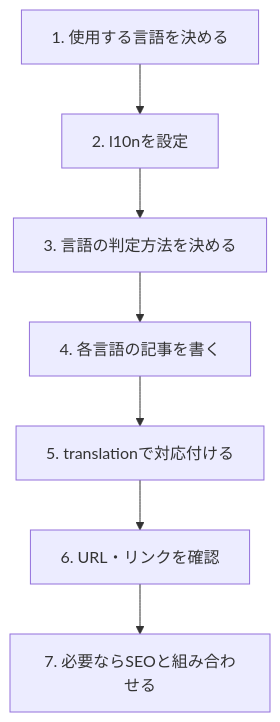
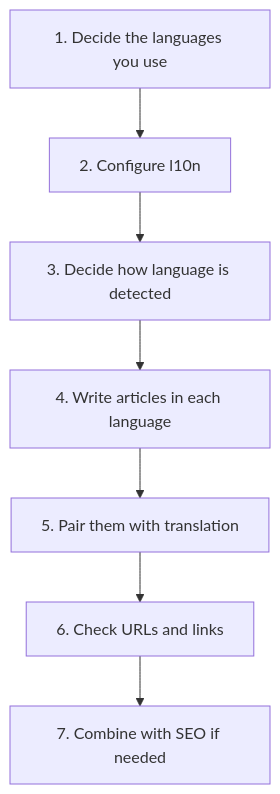
Before and after one commit to Rerurate514/riebeckite: the sixth of 6 diagrams in docs/docs/guides/localization.md, drawn with Mermaid. The commit also changed other lines of this file and 604 other files, not shown here.

````diff
--- a/docs/docs/guides/localization.md
+++ b/docs/docs/guides/localization.md
@@ -390,17 +366,17 @@
 ```mermaid
 flowchart TD
-    Lang["1. 使用する言語を決める"]
-    Config["2. l10nを設定"]
-    Detection["3. 言語の判定方法を決める"]
-    Content["4. 各言語の記事を書く"]
-    Translation["5. translationで対応付ける"]
-    Link["6. URL・リンクを確認"]
-    SEO["7. 必要ならSEOと組み合わせる"]
+    Lang["1. Decide the languages you use"]
+    Config["2. Configure l10n"]
+    Detection["3. Decide how language is detected"]
+    Content["4. Write articles in each language"]
+    Translation["5. Pair them with translation"]
+    Link["6. Check URLs and links"]
+    SEO["7. Combine with SEO if needed"]
 
     Lang --> Config
     Config --> Detection
     Detection --> Content
     Content --> Translation
     Translation --> Link
     Link --> SEO
 ```
````
